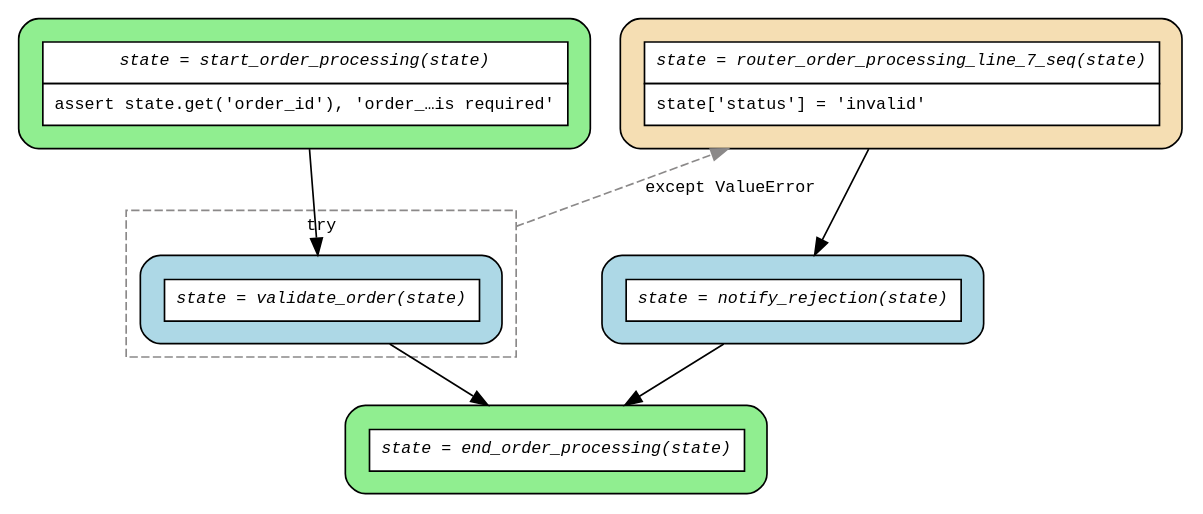
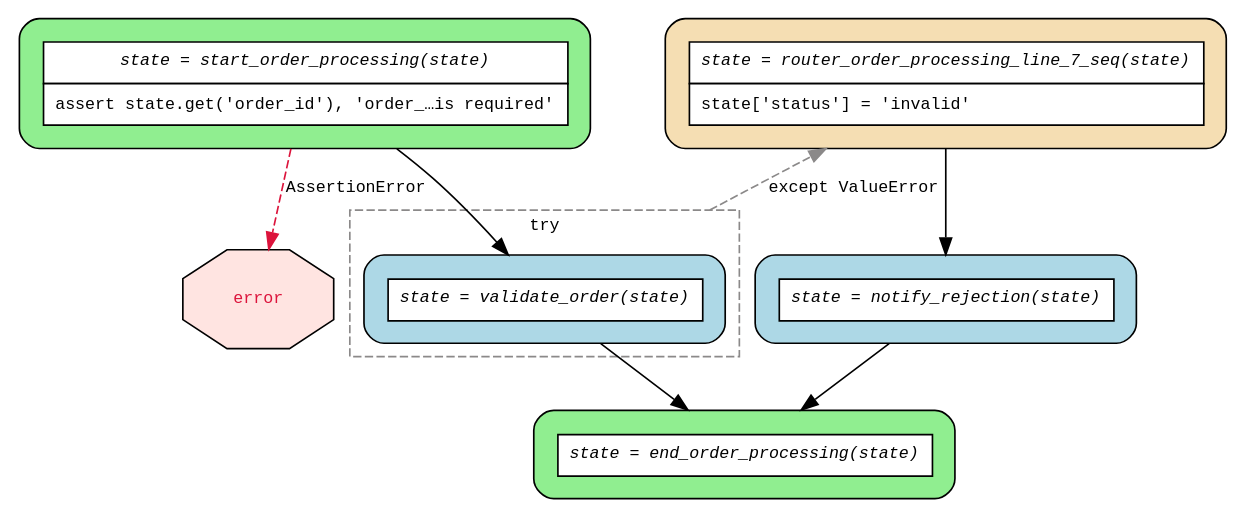
The diagram in examples/flows/compiled/try_except_simple/flow.dot (deliveryhero/asya), drawn with Graphviz before and after one commit. The commit also changed 5 other files, not shown here.

First line of the commit message:
feat(flow): add AssertionError edge from assert boxes to error state in DOT

```diff
--- a/examples/flows/compiled/try_except_simple/flow.dot
+++ b/examples/flows/compiled/try_except_simple/flow.dot
@@ -1,26 +1,28 @@
 digraph flow {
   rankdir=TB;
   compound=true;
   graph [fontname="Courier", fontsize=10];
   node [fontname="Courier", fontsize=10, shape=box, style="filled,rounded", margin="0.2"];
   edge [fontname="Courier", fontsize=10];
 
   start_order_processing [fillcolor="lightgreen", group="main", label=<<table border="0" cellspacing="0" cellpadding="6" cellborder="1"><tr><td bgcolor="white" align="center"><i>state = start_order_processing(state)</i></td></tr><tr><td bgcolor="white" align="left">assert state.get('order_id'), 'order_…is required'</td></tr></table>>];
   router_order_processing_line_7_seq [fillcolor="wheat", group="main", label=<<table border="0" cellspacing="0" cellpadding="6" cellborder="1"><tr><td bgcolor="white" align="center"><i>state = router_order_processing_line_7_seq(state)</i></td></tr><tr><td bgcolor="white" align="left">state['status'] = 'invalid'</td></tr></table>>];
   end_order_processing [fillcolor="lightgreen", group="main", label=<<table border="0" cellspacing="0" cellpadding="6" cellborder="1"><tr><td bgcolor="white" align="center"><i>state = end_order_processing(state)</i></td></tr></table>>];
   notify_rejection [fillcolor="lightblue", label=<<table border="0" cellspacing="0" cellpadding="6" cellborder="1"><tr><td bgcolor="white" align="center"><i>state = notify_rejection(state)</i></td></tr></table>>];
+  assert_error [shape=octagon, fillcolor="mistyrose", fontcolor="crimson", style=filled, label="error"];
   subgraph cluster_try_0 {
     style=dashed;
     color="snow4";
     fontname="Courier";
     fontsize=10;
     label="try";
     validate_order [fillcolor="lightblue", label=<<table border="0" cellspacing="0" cellpadding="6" cellborder="1"><tr><td bgcolor="white" align="center"><i>state = validate_order(state)</i></td></tr></table>>];
   }
 
   notify_rejection -> end_order_processing;
   router_order_processing_line_7_seq -> notify_rejection;
+  start_order_processing -> assert_error [color=crimson, style=dashed, label="AssertionError"];
   start_order_processing -> validate_order;
   validate_order -> end_order_processing;
   validate_order -> router_order_processing_line_7_seq [ltail=cluster_try_0, color=snow4, style=dashed, label="except ValueError", constraint=false];
 }
```
